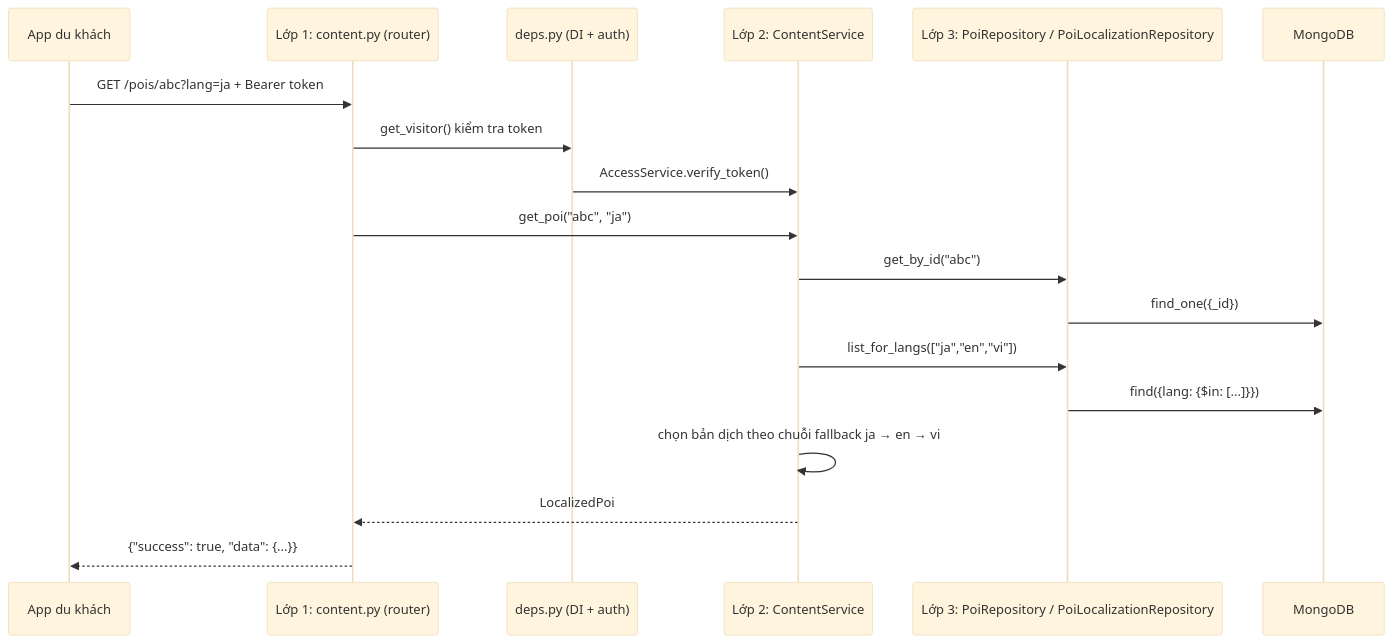
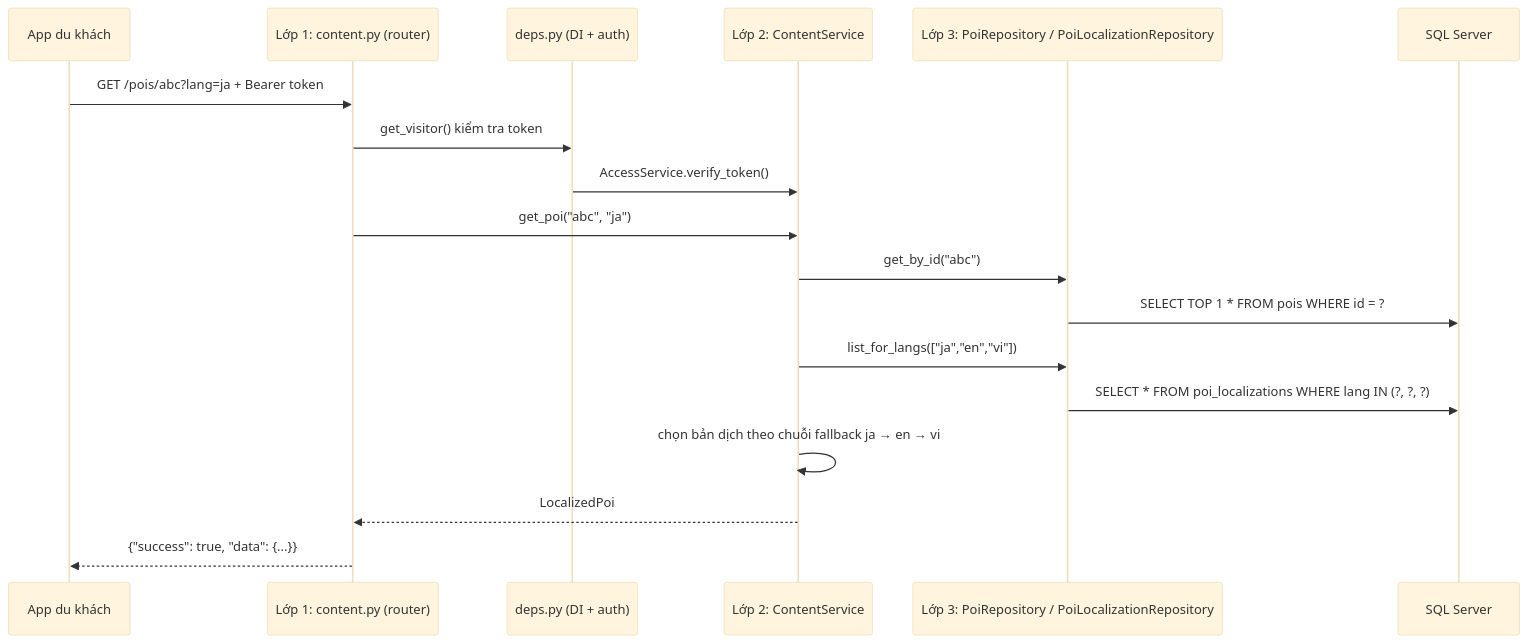
One commit to congdanh2736/ChuaLinhUngAudioGuide changed the diagram in docs/01-kien-truc-3-lop.md. Above: the diagram before and after it, drawn with Mermaid (base theme). The commit also changed other lines of this file and 47 other files, not shown here.

Commit message:
đổi db sang sql server

````diff
--- a/docs/01-kien-truc-3-lop.md
+++ b/docs/01-kien-truc-3-lop.md
@@ -21,20 +21,20 @@
 ```mermaid
 sequenceDiagram
     participant C as App du khách
     participant A as Lớp 1: content.py (router)
     participant D as deps.py (DI + auth)
     participant S as Lớp 2: ContentService
     participant R as Lớp 3: PoiRepository / PoiLocalizationRepository
-    participant M as MongoDB
+    participant M as SQL Server
     C->>A: GET /pois/abc?lang=ja + Bearer token
     A->>D: get_visitor() kiểm tra token
     D->>S: AccessService.verify_token()
     A->>S: get_poi("abc", "ja")
     S->>R: get_by_id("abc")
-    R->>M: find_one({_id})
+    R->>M: SELECT TOP 1 * FROM pois WHERE id = ?
     S->>R: list_for_langs(["ja","en","vi"])
-    R->>M: find({lang: {$in: [...]}})
+    R->>M: SELECT * FROM poi_localizations WHERE lang IN (?, ?, ?)
     S->>S: chọn bản dịch theo chuỗi fallback ja → en → vi
     S-->>A: LocalizedPoi
     A-->>C: {"success": true, "data": {...}}
 ```
````
